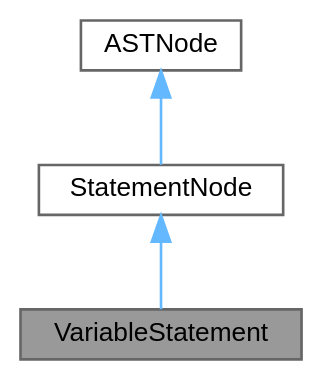
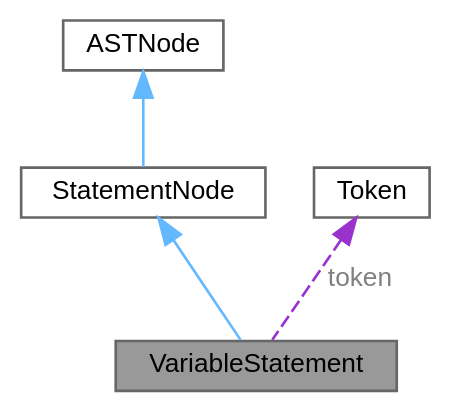
The diagram in pebbl/docs/structVariableStatement__coll__graph.dot (kejunp/kejunp.github.io), drawn with Graphviz before and after one commit. The commit also changed 25 other files, not shown here.

```diff
--- a/pebbl/docs/structVariableStatement__coll__graph.dot
+++ b/pebbl/docs/structVariableStatement__coll__graph.dot
@@ -1,12 +1,14 @@
 digraph "VariableStatement"
 {
  // LATEX_PDF_SIZE
   bgcolor="transparent";
   edge [fontname=Helvetica,fontsize=10,labelfontname=Helvetica,labelfontsize=10];
   node [fontname=Helvetica,fontsize=10,shape=box,height=0.2,width=0.4];
   Node1 [id="Node000001",label="VariableStatement",height=0.2,width=0.4,color="gray40", fillcolor="grey60", style="filled", fontcolor="black",tooltip=" "];
   Node2 -> Node1 [id="edge1_Node000001_Node000002",dir="back",color="steelblue1",style="solid",tooltip=" "];
   Node2 [id="Node000002",label="StatementNode",height=0.2,width=0.4,color="gray40", fillcolor="white", style="filled",URL="$structStatementNode.html",tooltip="Base class for all statements."];
   Node3 -> Node2 [id="edge2_Node000002_Node000003",dir="back",color="steelblue1",style="solid",tooltip=" "];
   Node3 [id="Node000003",label="ASTNode",height=0.2,width=0.4,color="gray40", fillcolor="white", style="filled",URL="$structASTNode.html",tooltip="Base class of all AST nodes."];
+  Node4 -> Node1 [id="edge3_Node000001_Node000004",dir="back",color="darkorchid3",style="dashed",tooltip=" ",label=" token",fontcolor="grey" ];
+  Node4 [id="Node000004",label="Token",height=0.2,width=0.4,color="gray40", fillcolor="white", style="filled",URL="$structToken.html",tooltip=" "];
 }
```
